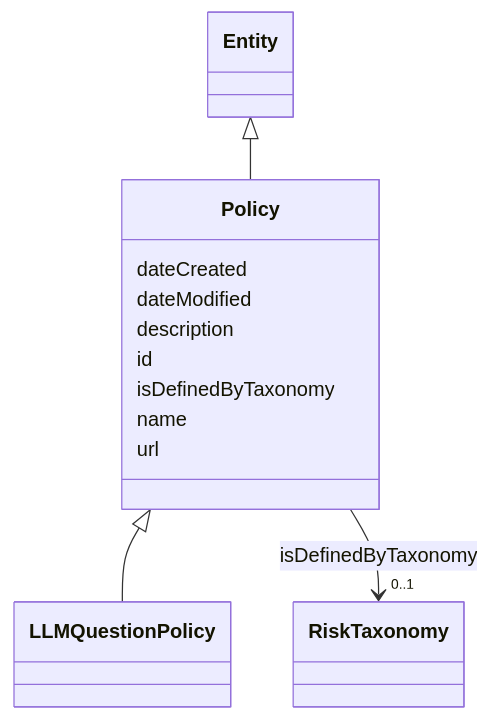
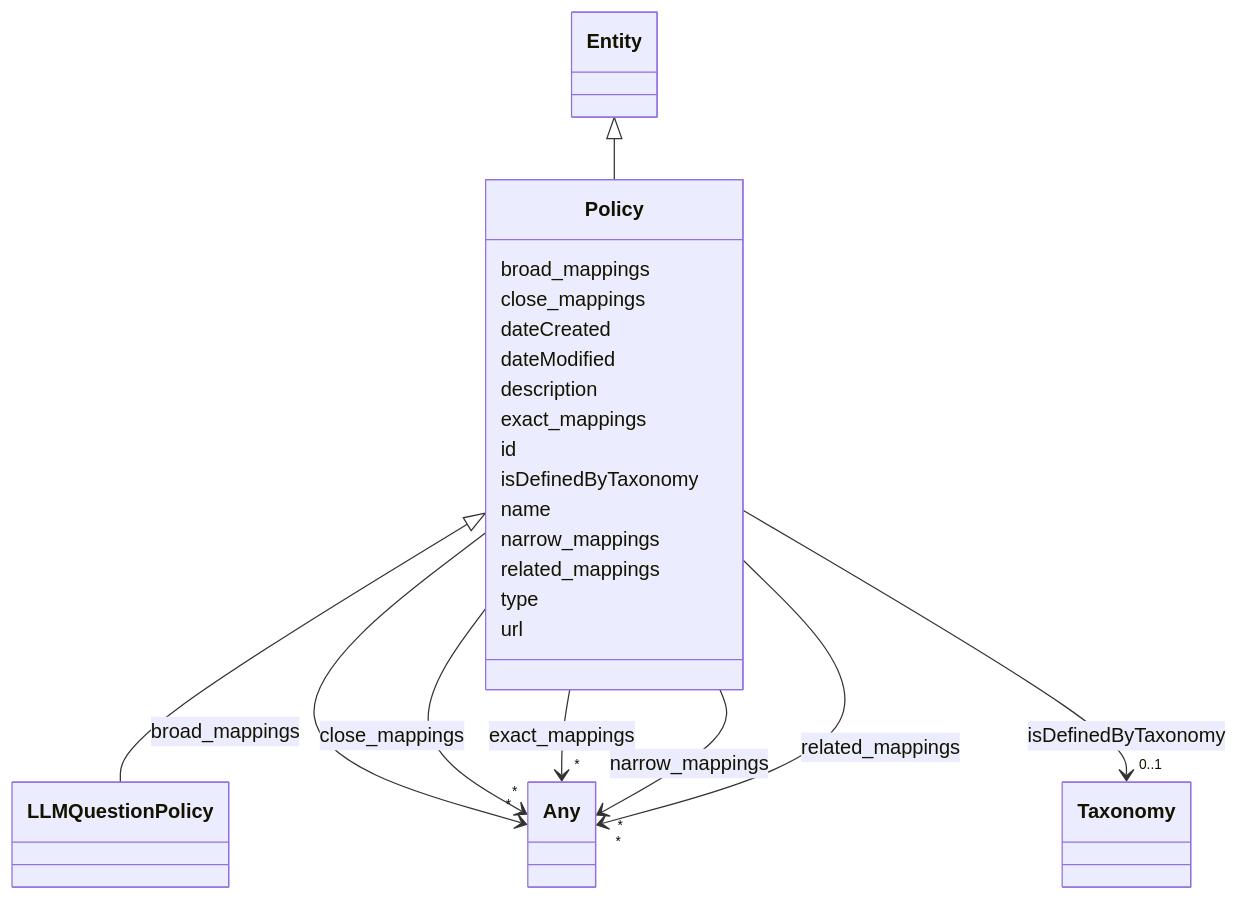
The diagram in docs/ontology/Policy.md (ingelise/risk-atlas-nexus), drawn with Mermaid before and after one commit. The commit also changed other lines of this file and 180 other files, not shown here.

```diff
--- a/docs/ontology/Policy.md
+++ b/docs/ontology/Policy.md
@@ -27,11 +29,44 @@
         click LLMQuestionPolicy href "../LLMQuestionPolicy/"
 
 
+      Policy : broad_mappings
+
+
+
+
+
+        Policy --> "*" Any : broad_mappings
+        click Any href "../Any/"
+
+
+
+      Policy : close_mappings
+
+
+
+
+
+        Policy --> "*" Any : close_mappings
+        click Any href "../Any/"
+
+
+
       Policy : dateCreated
 
       Policy : dateModified
 
       Policy : description
+
+      Policy : exact_mappings
+
+
+
+
+
+        Policy --> "*" Any : exact_mappings
+        click Any href "../Any/"
+
+
 
       Policy : id
 
@@ -41,13 +76,37 @@
 
 
 
-        Policy --> "0..1" RiskTaxonomy : isDefinedByTaxonomy
-        click RiskTaxonomy href "../RiskTaxonomy/"
+        Policy --> "0..1" Taxonomy : isDefinedByTaxonomy
+        click Taxonomy href "../Taxonomy/"
 
 
 
       Policy : name
 
+      Policy : narrow_mappings
+
+
+
+
+
+        Policy --> "*" Any : narrow_mappings
+        click Any href "../Any/"
+
+
+
+      Policy : related_mappings
+
+
+
+
+
+        Policy --> "*" Any : related_mappings
+        click Any href "../Any/"
+
+
+
+      Policy : type
+
       Policy : url
 
 
```
